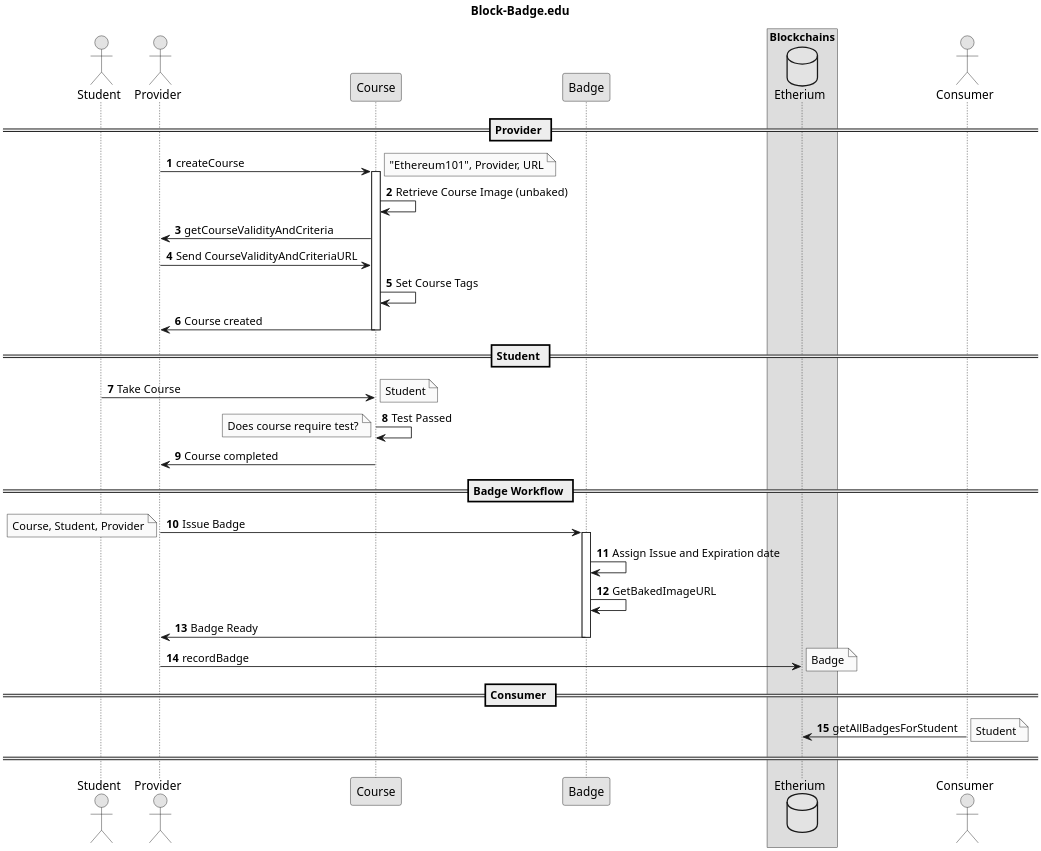
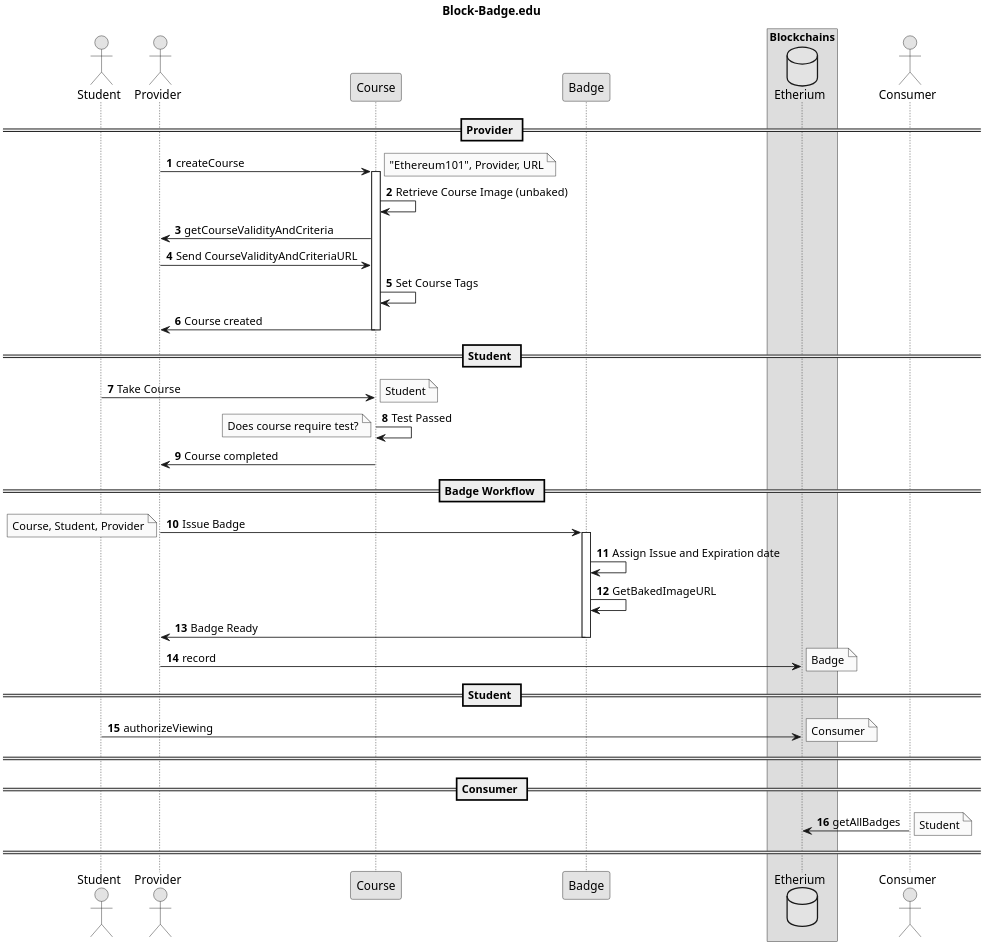
The diagram in Block-Badge.pu (ultra-koder/block-badge), drawn with PlantUML before and after one commit. The commit also changed 1 other file, not shown here.

Commit message:
Added authorization for Consumer

```diff
--- a/Block-Badge.pu
+++ b/Block-Badge.pu
@@ -1,59 +1,66 @@
 @startuml
 
 title Block-Badge.edu
 
 skinparam monochrome true
 skinparam dpi 300
 
 autonumber
 
 actor Student
 actor Provider
 database "Etherium"
 
 == Provider ==
 
 Provider -> Course: createCourse
 note right: "Ethereum101", Provider, URL
 activate Course
 Course -> Course: Retrieve Course Image (unbaked)
 Course -> Provider: getCourseValidityAndCriteria
 Provider -> Course: Send CourseValidityAndCriteriaURL
 Course -> Course: Set Course Tags
 Course -> Provider: Course created
 deactivate Course
 
 == Student ==
 
 Student -> Course: Take Course
 note right: Student
 Course -> Course: Test Passed
 note left: Does course require test?
 Course -> Provider: Course completed
 
 == Badge Workflow ==
 
 Provider -> Badge: Issue Badge
 note left: Course, Student, Provider
 activate Badge
 Badge -> Badge: Assign Issue and Expiration date
 Badge -> Badge: GetBakedImageURL
 Badge -> Provider: Badge Ready
 deactivate Badge
-Provider -> Etherium: recordBadge
+Provider -> Etherium: record
 note right: Badge
 
   box "Blockchains"
     participant Etherium
   end box
 
 actor Consumer
 
+== Student ==
+
+Student -> Etherium: authorizeViewing
+note right: Consumer
+
+==  ==
+
 == Consumer ==
 
-Consumer -> Etherium: getAllBadgesForStudent
+Consumer -> Etherium: getAllBadges
 note right: Student
 
 ==  ==
 
 @enduml
```
